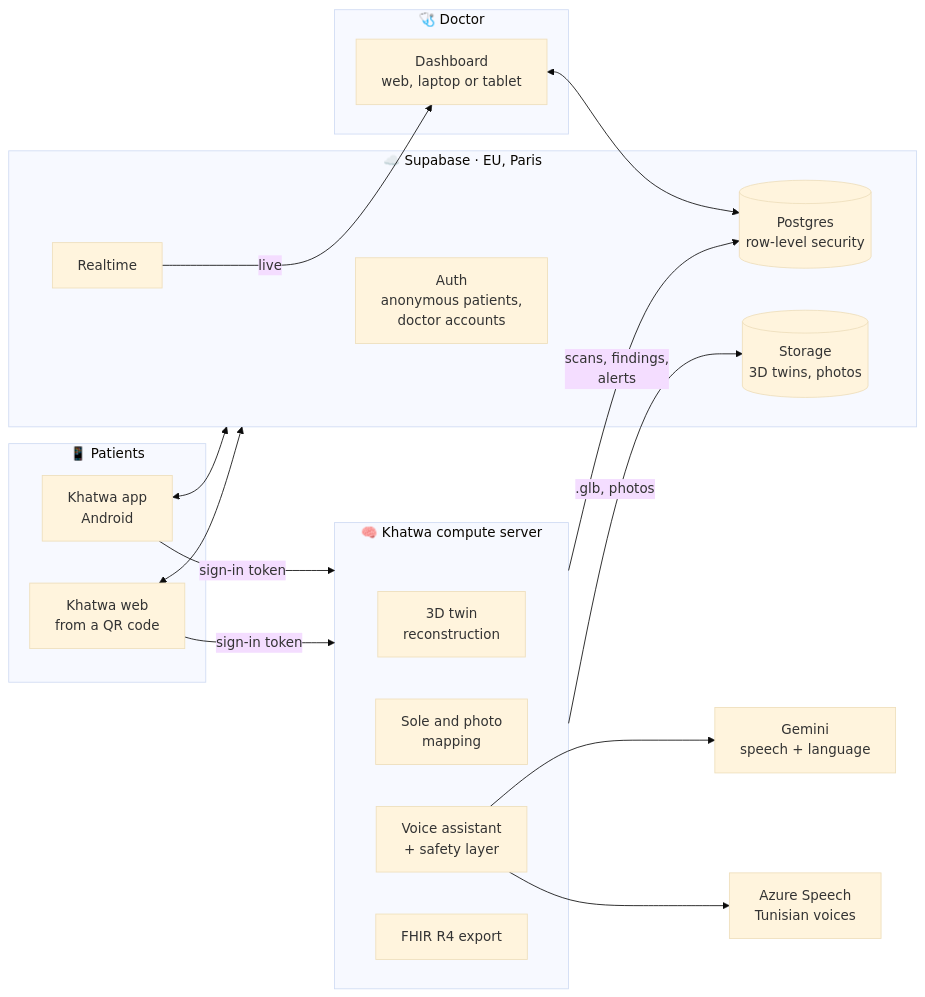
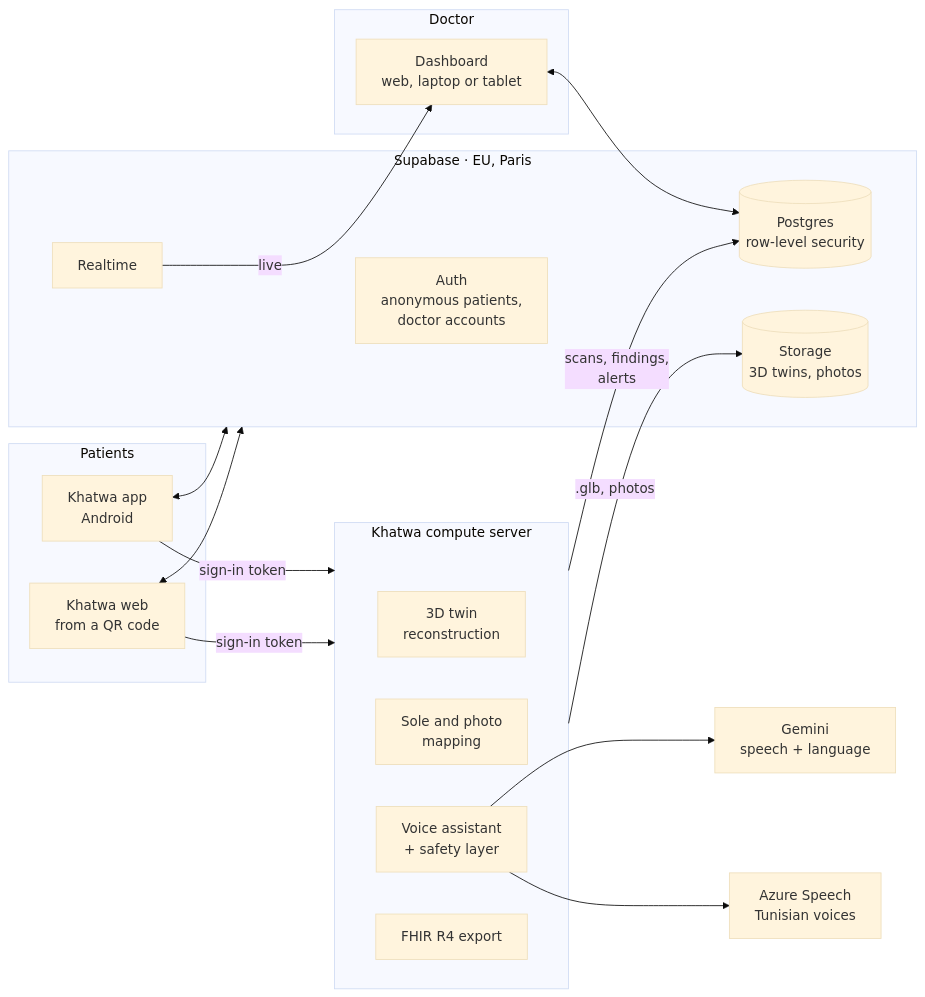
Before and after one commit to cybermo-bot/Khatwa: the first of 5 diagrams in README.md, drawn with Mermaid (base theme). The commit also changed other lines of this file, not shown here.

````diff
--- a/README.md
+++ b/README.md
@@ -77,33 +77,33 @@
 ```mermaid
 flowchart LR
-    subgraph P["📱 Patients"]
+    subgraph P["Patients"]
         A["Khatwa app<br/>Android"]
         W["Khatwa web<br/>from a QR code"]
     end
-    subgraph D["🩺 Doctor"]
+    subgraph D["Doctor"]
         DB["Dashboard<br/>web, laptop or tablet"]
     end
-    subgraph S["☁️ Supabase · EU, Paris"]
+    subgraph S["Supabase · EU, Paris"]
         AU["Auth<br/>anonymous patients,<br/>doctor accounts"]
         PG[("Postgres<br/>row-level security")]
         ST[("Storage<br/>3D twins, photos")]
         RT["Realtime"]
     end
-    subgraph C["🧠 Khatwa compute server"]
+    subgraph C["Khatwa compute server"]
         TW["3D twin<br/>reconstruction"]
         SO["Sole and photo<br/>mapping"]
         VO["Voice assistant<br/>+ safety layer"]
         FH["FHIR R4 export"]
     end
     G["Gemini<br/>speech + language"]
     AZ["Azure Speech<br/>Tunisian voices"]
 
     A & W -->|"sign-in token"| C
     A & W <--> S
     C -->|"scans, findings,<br/>alerts"| PG
     C -->|".glb, photos"| ST
     RT -->|"live"| DB
     DB <--> PG
     VO --> G
     VO --> AZ
 ```
````
